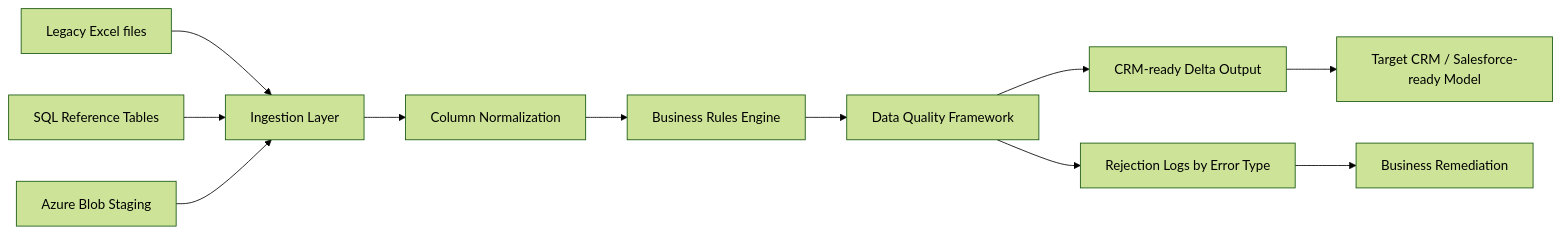
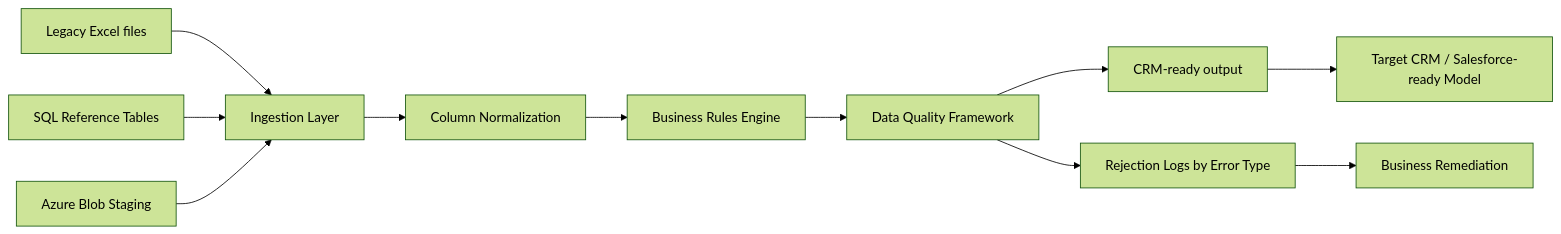
Before and after one commit to ryadbatech-ai/enterprise-data-migration: the diagram in README.md, drawn with Mermaid (forest theme). The commit also changed other lines of this file and 3 other files, not shown here.

````diff
--- a/README.md
+++ b/README.md
@@ -37,16 +42,16 @@
 ```mermaid
 flowchart LR
     A[Legacy Excel files] --> D[Ingestion Layer]
     B[SQL Reference Tables] --> D
     C[Azure Blob Staging] --> D
 
     D --> E[Column Normalization]
     E --> F[Business Rules Engine]
     F --> G[Data Quality Framework]
 
-    G --> H[CRM-ready Delta Output]
+    G --> H[CRM-ready output]
     G --> I[Rejection Logs by Error Type]
 
     H --> J[Target CRM / Salesforce-ready Model]
     I --> K[Business Remediation]
 ```
````
